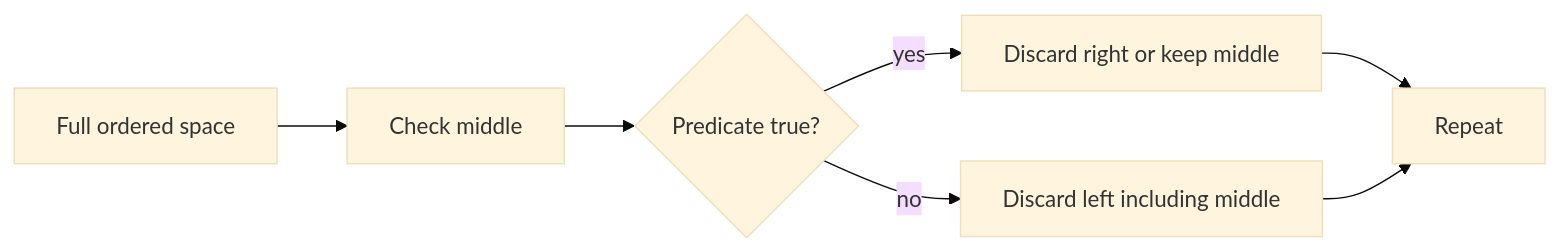
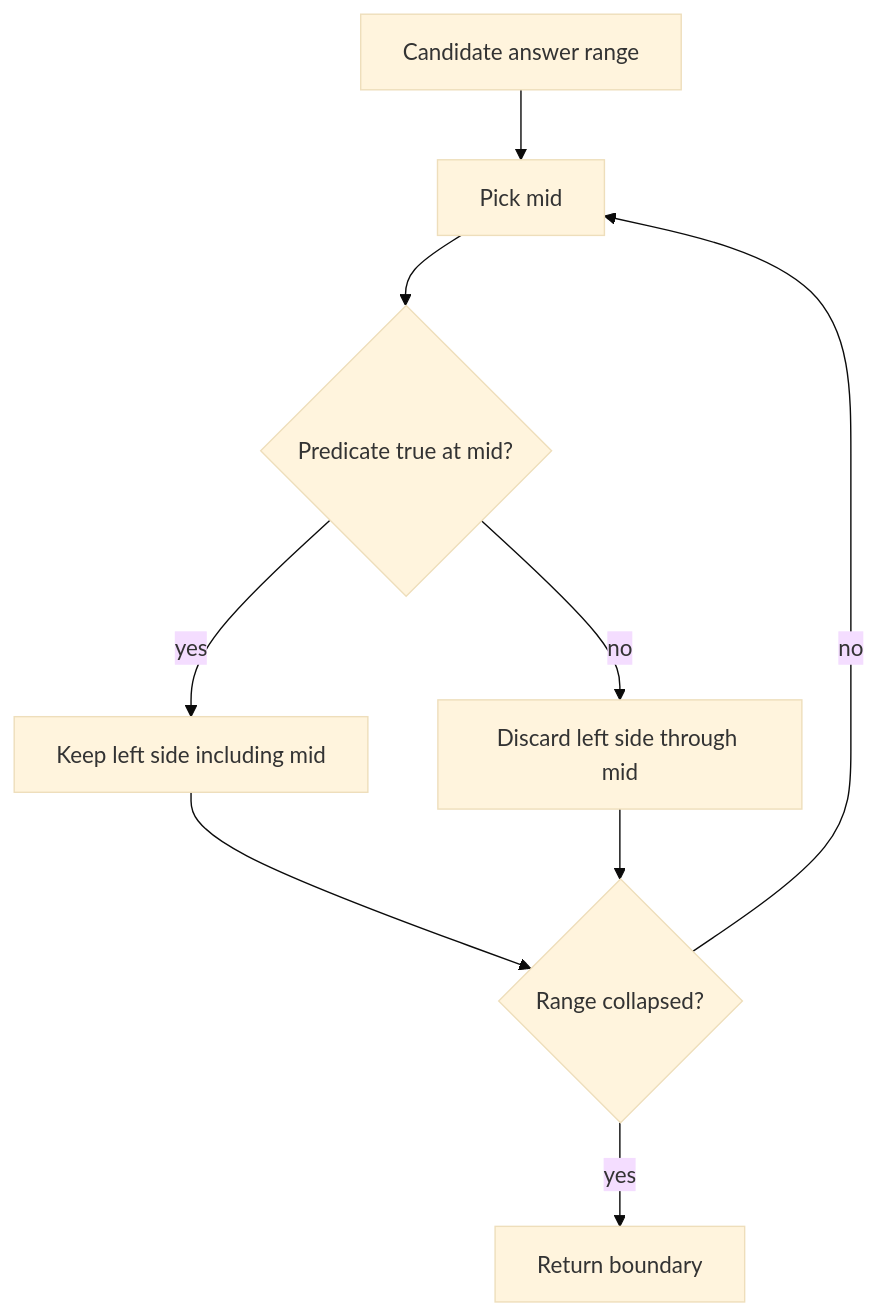
One commit to Icon1cc/Data-Structures-and-Algorithms changed the diagram in binary-search/README.md. Above: the diagram before and after it, drawn with Mermaid (base theme). The commit also changed other lines of this file and 112 other files, not shown here.

````diff
--- a/binary-search/README.md
+++ b/binary-search/README.md
@@ -64,9 +60,11 @@
 ```mermaid
-flowchart LR
-    A[Full ordered space] --> B[Check middle]
-    B --> C{Predicate true?}
-    C -->|yes| D[Discard right or keep middle]
-    C -->|no| E[Discard left including middle]
-    D --> F[Repeat]
+flowchart TD
+    A[Candidate answer range] --> B[Pick mid]
+    B --> C{Predicate true at mid?}
+    C -->|yes| D[Keep left side including mid]
+    C -->|no| E[Discard left side through mid]
+    D --> F{Range collapsed?}
     E --> F
+    F -->|no| B
+    F -->|yes| G[Return boundary]
 ```
````
